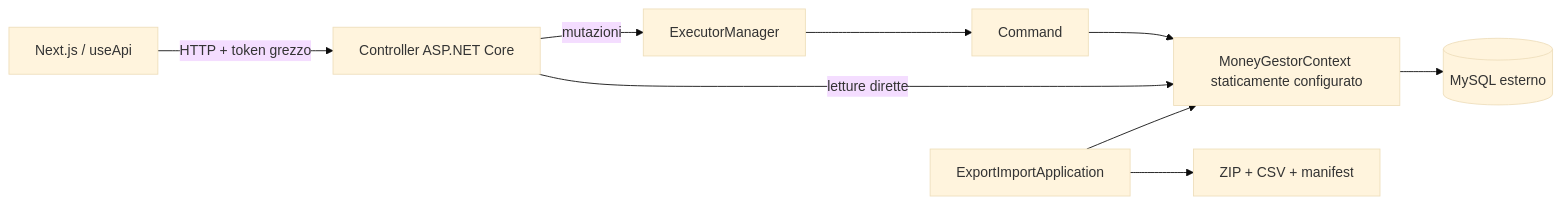
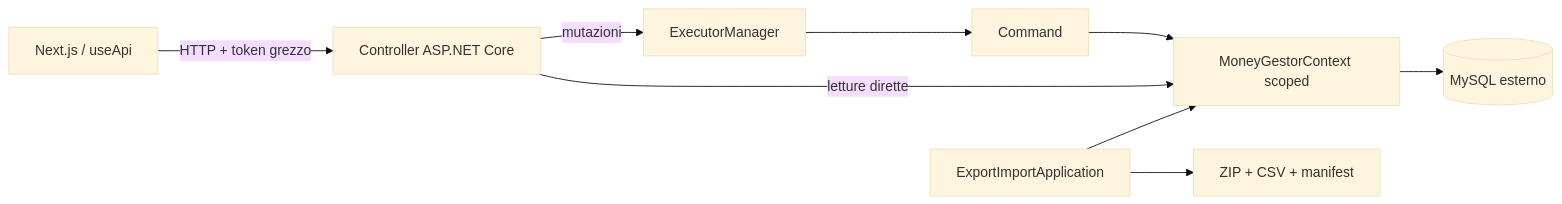
Before and after one commit to dadolaga/MoneyGestor: the first of 2 diagrams in docs/backend-modernization/README.md, drawn with Mermaid (base theme). The commit also changed other lines of this file and 61 other files, not shown here.

````diff
--- a/docs/backend-modernization/README.md
+++ b/docs/backend-modernization/README.md
@@ -75,11 +75,11 @@
 ```mermaid
 flowchart LR
     FE[Next.js / useApi] -->|HTTP + token grezzo| C[Controller ASP.NET Core]
     C -->|mutazioni| E[ExecutorManager]
     E --> CMD[Command]
-    CMD --> DB[MoneyGestorContext staticamente configurato]
+    CMD --> DB[MoneyGestorContext scoped]
     C -->|letture dirette| DB
     DB --> MYSQL[(MySQL esterno)]
     CLI[ExportImportApplication] --> DB
     CLI --> ZIP[ZIP + CSV + manifest]
 ```
````
